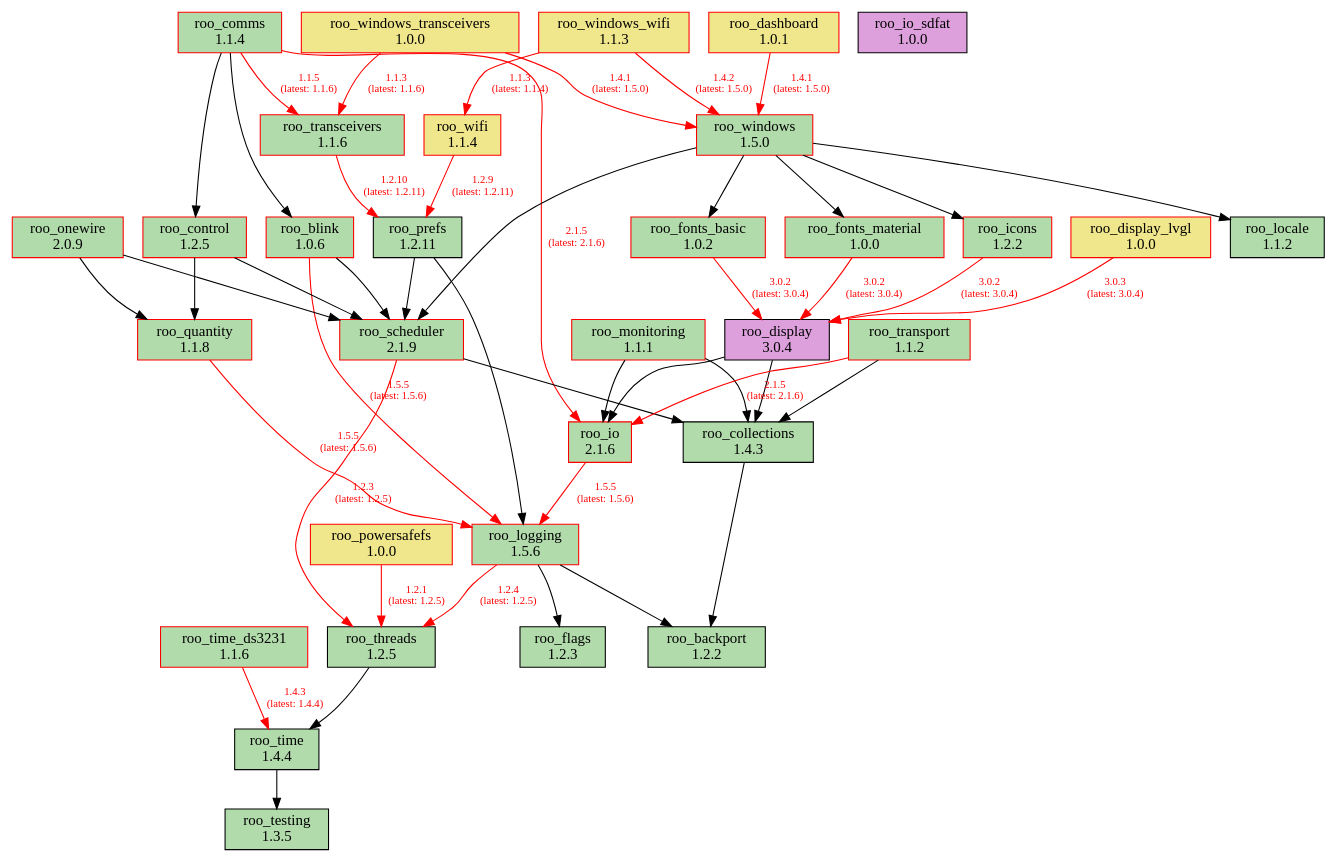
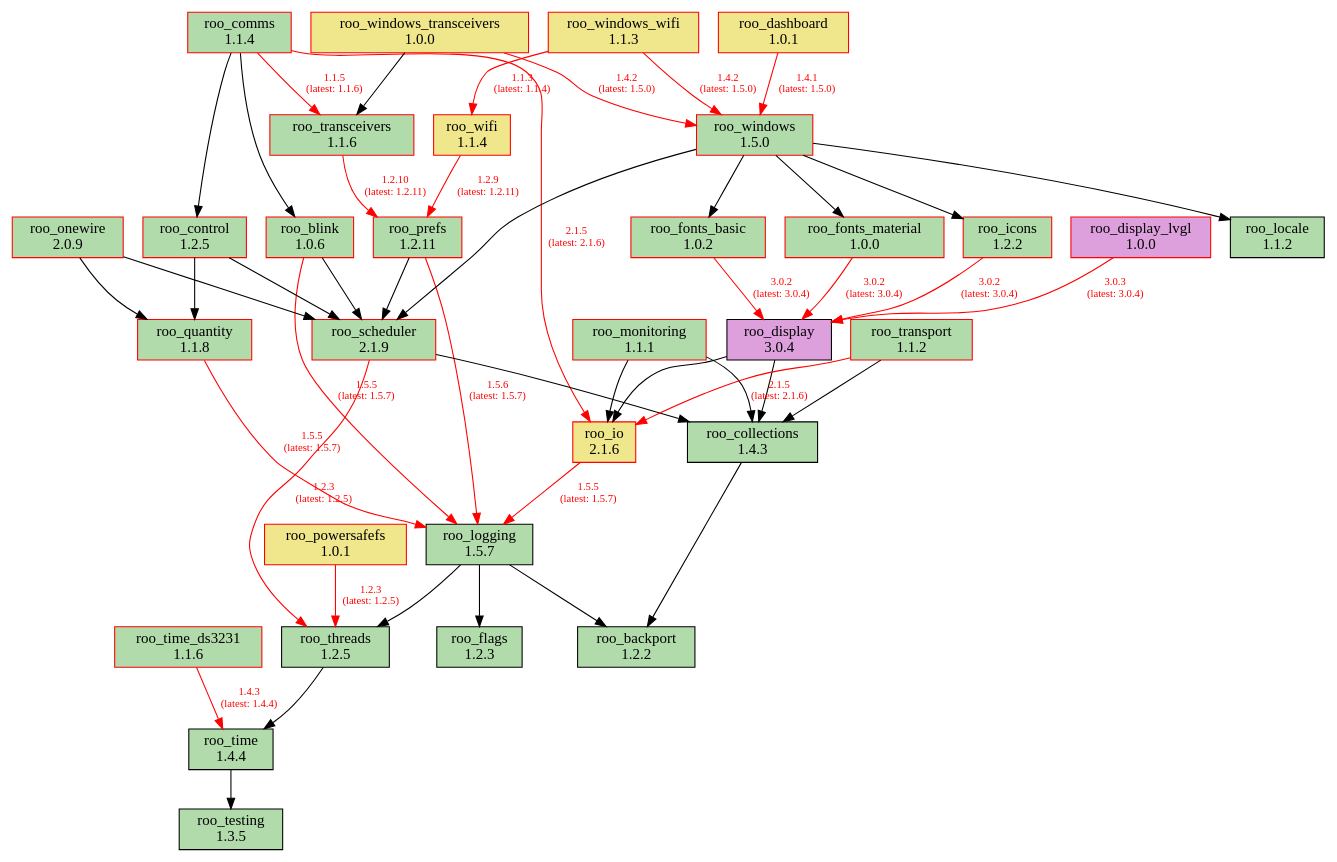
The diagram in doc/dependencies.dot (dejwk/roo-registry), drawn with Graphviz before and after one commit. The commit also changed 3 other files, not shown here.

Commit message:
Added roo_logging 1.5.7 to the registry.

```diff
--- a/doc/dependencies.dot
+++ b/doc/dependencies.dot
@@ -1,87 +1,86 @@
 digraph dependencies {
     rankdir=TB;
     node [shape=box, style=filled];
     edge [fontsize=10];
 
     // Modules
     "roo_backport" [label="roo_backport\n1.2.2", fillcolor="#b1dbab", color="black"];
     "roo_blink" [label="roo_blink\n1.0.6", fillcolor="#b1dbab", color="red"];
     "roo_collections" [label="roo_collections\n1.4.3", fillcolor="#b1dbab", color="black"];
     "roo_comms" [label="roo_comms\n1.1.4", fillcolor="#b1dbab", color="red"];
     "roo_control" [label="roo_control\n1.2.5", fillcolor="#b1dbab", color="red"];
     "roo_dashboard" [label="roo_dashboard\n1.0.1", fillcolor="khaki", color="red"];
     "roo_display" [label="roo_display\n3.0.4", fillcolor="plum", color="black"];
-    "roo_display_lvgl" [label="roo_display_lvgl\n1.0.0", fillcolor="khaki", color="red"];
+    "roo_display_lvgl" [label="roo_display_lvgl\n1.0.0", fillcolor="plum", color="red"];
     "roo_flags" [label="roo_flags\n1.2.3", fillcolor="#b1dbab", color="black"];
     "roo_fonts_basic" [label="roo_fonts_basic\n1.0.2", fillcolor="#b1dbab", color="red"];
     "roo_fonts_material" [label="roo_fonts_material\n1.0.0", fillcolor="#b1dbab", color="red"];
     "roo_icons" [label="roo_icons\n1.2.2", fillcolor="#b1dbab", color="red"];
-    "roo_io" [label="roo_io\n2.1.6", fillcolor="#b1dbab", color="red"];
-    "roo_io_sdfat" [label="roo_io_sdfat\n1.0.0", fillcolor="plum", color="black"];
+    "roo_io" [label="roo_io\n2.1.6", fillcolor="khaki", color="red"];
     "roo_locale" [label="roo_locale\n1.1.2", fillcolor="#b1dbab", color="black"];
-    "roo_logging" [label="roo_logging\n1.5.6", fillcolor="#b1dbab", color="red"];
+    "roo_logging" [label="roo_logging\n1.5.7", fillcolor="#b1dbab", color="black"];
     "roo_monitoring" [label="roo_monitoring\n1.1.1", fillcolor="#b1dbab", color="red"];
     "roo_onewire" [label="roo_onewire\n2.0.9", fillcolor="#b1dbab", color="red"];
-    "roo_powersafefs" [label="roo_powersafefs\n1.0.0", fillcolor="khaki", color="red"];
-    "roo_prefs" [label="roo_prefs\n1.2.11", fillcolor="#b1dbab", color="black"];
+    "roo_powersafefs" [label="roo_powersafefs\n1.0.1", fillcolor="khaki", color="red"];
+    "roo_prefs" [label="roo_prefs\n1.2.11", fillcolor="#b1dbab", color="red"];
     "roo_quantity" [label="roo_quantity\n1.1.8", fillcolor="#b1dbab", color="red"];
     "roo_scheduler" [label="roo_scheduler\n2.1.9", fillcolor="#b1dbab", color="red"];
     "roo_testing" [label="roo_testing\n1.3.5", fillcolor="#b1dbab", color="black"];
     "roo_threads" [label="roo_threads\n1.2.5", fillcolor="#b1dbab", color="black"];
     "roo_time" [label="roo_time\n1.4.4", fillcolor="#b1dbab", color="black"];
     "roo_time_ds3231" [label="roo_time_ds3231\n1.1.6", fillcolor="#b1dbab", color="red"];
     "roo_transceivers" [label="roo_transceivers\n1.1.6", fillcolor="#b1dbab", color="red"];
     "roo_transport" [label="roo_transport\n1.1.2", fillcolor="#b1dbab", color="red"];
     "roo_wifi" [label="roo_wifi\n1.1.4", fillcolor="khaki", color="red"];
     "roo_windows" [label="roo_windows\n1.5.0", fillcolor="#b1dbab", color="red"];
     "roo_windows_transceivers" [label="roo_windows_transceivers\n1.0.0", fillcolor="khaki", color="red"];
     "roo_windows_wifi" [label="roo_windows_wifi\n1.1.3", fillcolor="khaki", color="red"];
 
     // Dependencies
-    "roo_blink" -> "roo_logging" [color=red, fontcolor=red, label="1.5.5\n(latest: 1.5.6)"];
+    "roo_blink" -> "roo_logging" [color=red, fontcolor=red, label="1.5.5\n(latest: 1.5.7)"];
     "roo_blink" -> "roo_scheduler";
     "roo_collections" -> "roo_backport";
     "roo_comms" -> "roo_blink";
     "roo_comms" -> "roo_control";
     "roo_comms" -> "roo_io" [color=red, fontcolor=red, label="2.1.5\n(latest: 2.1.6)"];
     "roo_comms" -> "roo_transceivers" [color=red, fontcolor=red, label="1.1.5\n(latest: 1.1.6)"];
     "roo_control" -> "roo_quantity";
     "roo_control" -> "roo_scheduler";
     "roo_dashboard" -> "roo_windows" [color=red, fontcolor=red, label="1.4.1\n(latest: 1.5.0)"];
     "roo_display" -> "roo_collections";
     "roo_display" -> "roo_io";
     "roo_display_lvgl" -> "roo_display" [color=red, fontcolor=red, label="3.0.3\n(latest: 3.0.4)"];
     "roo_fonts_basic" -> "roo_display" [color=red, fontcolor=red, label="3.0.2\n(latest: 3.0.4)"];
     "roo_fonts_material" -> "roo_display" [color=red, fontcolor=red, label="3.0.2\n(latest: 3.0.4)"];
     "roo_icons" -> "roo_display" [color=red, fontcolor=red, label="3.0.2\n(latest: 3.0.4)"];
-    "roo_io" -> "roo_logging" [color=red, fontcolor=red, label="1.5.5\n(latest: 1.5.6)"];
+    "roo_io" -> "roo_logging" [color=red, fontcolor=red, label="1.5.5\n(latest: 1.5.7)"];
     "roo_logging" -> "roo_backport";
     "roo_logging" -> "roo_flags";
-    "roo_logging" -> "roo_threads" [color=red, fontcolor=red, label="1.2.4\n(latest: 1.2.5)"];
+    "roo_logging" -> "roo_threads";
     "roo_monitoring" -> "roo_collections";
     "roo_monitoring" -> "roo_io";
     "roo_onewire" -> "roo_scheduler";
     "roo_onewire" -> "roo_quantity";
-    "roo_powersafefs" -> "roo_threads" [color=red, fontcolor=red, label="1.2.1\n(latest: 1.2.5)"];
-    "roo_prefs" -> "roo_logging";
+    "roo_powersafefs" -> "roo_threads" [color=red, fontcolor=red, label="1.2.3\n(latest: 1.2.5)"];
+    "roo_prefs" -> "roo_logging" [color=red, fontcolor=red, label="1.5.6\n(latest: 1.5.7)"];
     "roo_prefs" -> "roo_scheduler";
-    "roo_quantity" -> "roo_logging" [color=red, fontcolor=red, label="1.5.5\n(latest: 1.5.6)"];
+    "roo_quantity" -> "roo_logging" [color=red, fontcolor=red, label="1.5.5\n(latest: 1.5.7)"];
     "roo_scheduler" -> "roo_collections";
     "roo_scheduler" -> "roo_threads" [color=red, fontcolor=red, label="1.2.3\n(latest: 1.2.5)"];
     "roo_threads" -> "roo_time";
     "roo_time" -> "roo_testing";
     "roo_time_ds3231" -> "roo_time" [color=red, fontcolor=red, label="1.4.3\n(latest: 1.4.4)"];
     "roo_transceivers" -> "roo_prefs" [color=red, fontcolor=red, label="1.2.10\n(latest: 1.2.11)"];
     "roo_transport" -> "roo_collections";
     "roo_transport" -> "roo_io" [color=red, fontcolor=red, label="2.1.5\n(latest: 2.1.6)"];
     "roo_wifi" -> "roo_prefs" [color=red, fontcolor=red, label="1.2.9\n(latest: 1.2.11)"];
     "roo_windows" -> "roo_fonts_basic";
     "roo_windows" -> "roo_fonts_material";
     "roo_windows" -> "roo_locale";
     "roo_windows" -> "roo_icons";
     "roo_windows" -> "roo_scheduler";
-    "roo_windows_transceivers" -> "roo_transceivers" [color=red, fontcolor=red, label="1.1.3\n(latest: 1.1.6)"];
-    "roo_windows_transceivers" -> "roo_windows" [color=red, fontcolor=red, label="1.4.1\n(latest: 1.5.0)"];
+    "roo_windows_transceivers" -> "roo_transceivers";
+    "roo_windows_transceivers" -> "roo_windows" [color=red, fontcolor=red, label="1.4.2\n(latest: 1.5.0)"];
     "roo_windows_wifi" -> "roo_wifi" [color=red, fontcolor=red, label="1.1.3\n(latest: 1.1.4)"];
     "roo_windows_wifi" -> "roo_windows" [color=red, fontcolor=red, label="1.4.2\n(latest: 1.5.0)"];
 }
```
